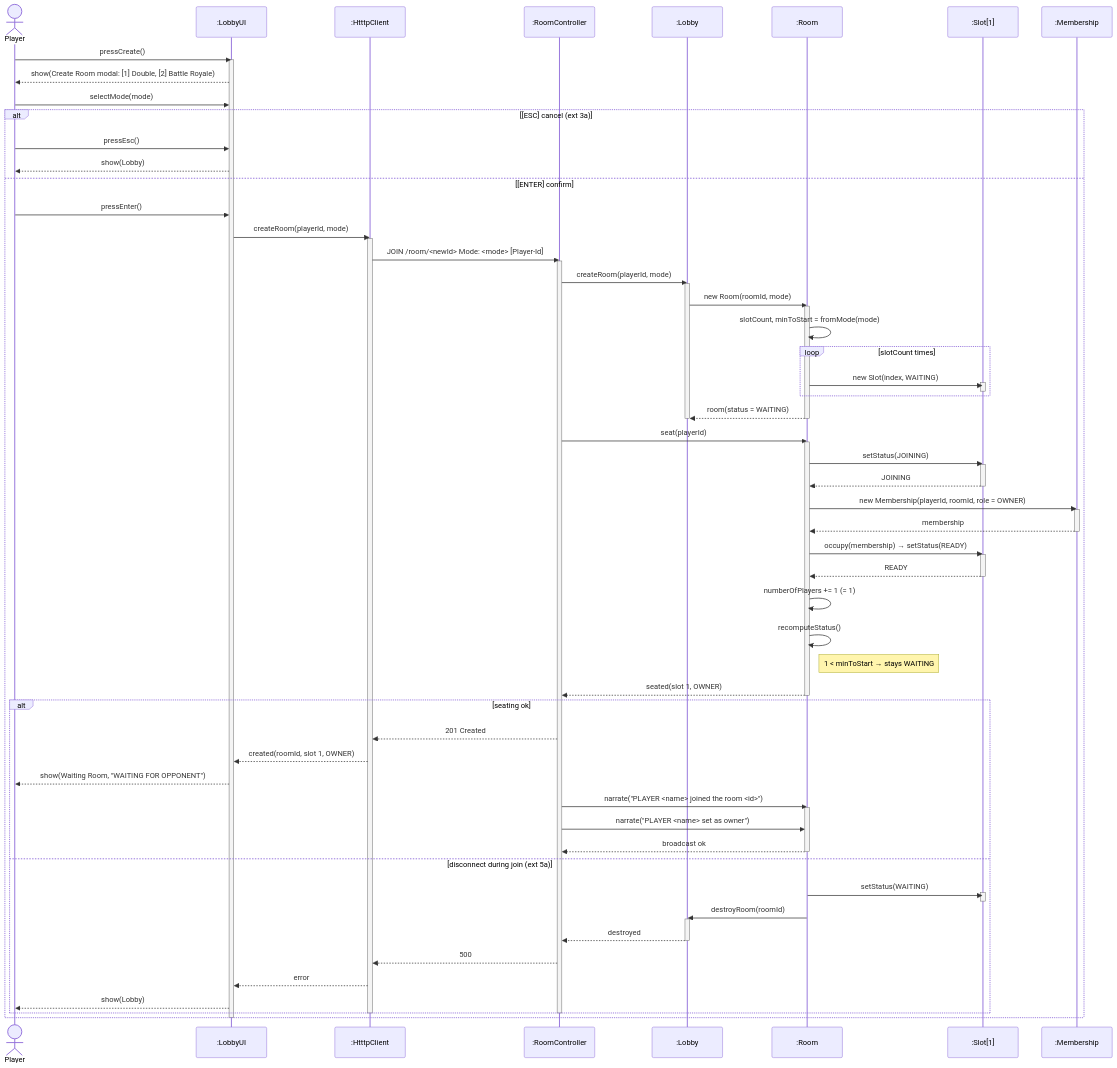
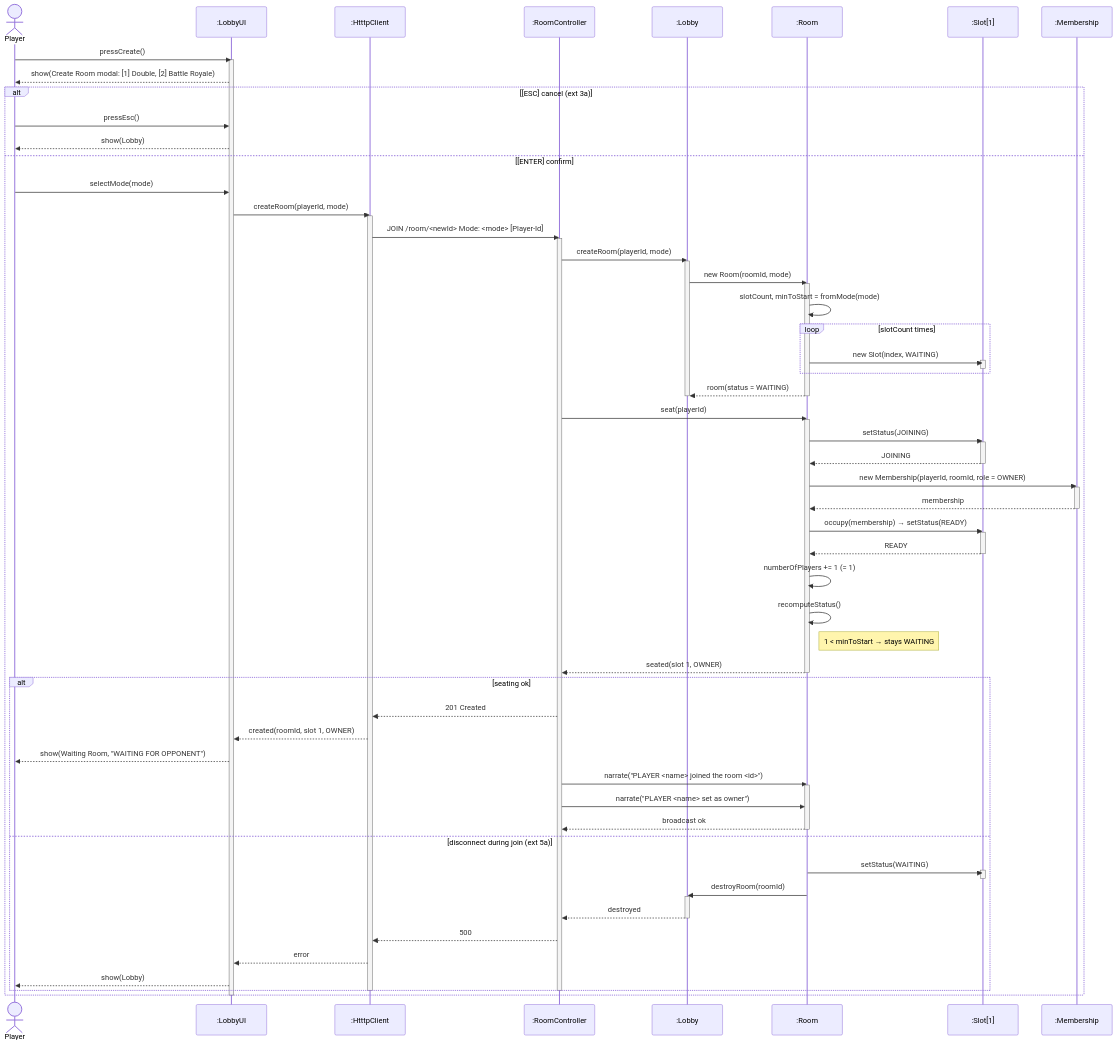
Diagram 12 of 16 in docs/class_diagrams/cd_sd.md (ziqiqiiii/tetriSH), drawn with Mermaid before and after one commit. The commit also changed other lines of this file, not shown here.

Commit message:
docs: refactor sequence diagram interactions by combining user actions

```diff
--- a/docs/class_diagrams/cd_sd.md
+++ b/docs/class_diagrams/cd_sd.md
@@ -1001,13 +1000,12 @@
     P->>UI: pressCreate()
     activate UI
     UI-->>P: show(Create Room modal: [1] Double, [2] Battle Royale)
-    P->>UI: selectMode(mode)
 
     alt [ESC] cancel  (ext 3a)
         P->>UI: pressEsc()
         UI-->>P: show(Lobby)
     else [ENTER] confirm
-        P->>UI: pressEnter()
+        P->>UI: selectMode(mode)
         UI->>C: createRoom(playerId, mode)
         activate C
         C->>RC: JOIN /room/<newId>  Mode: <mode>  [Player-Id]
```
